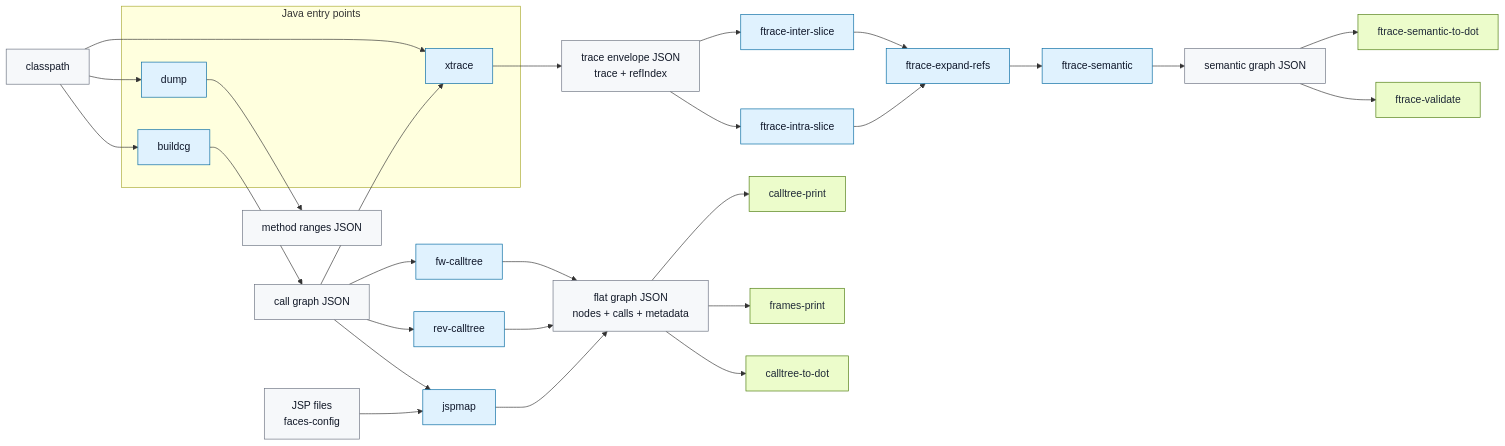
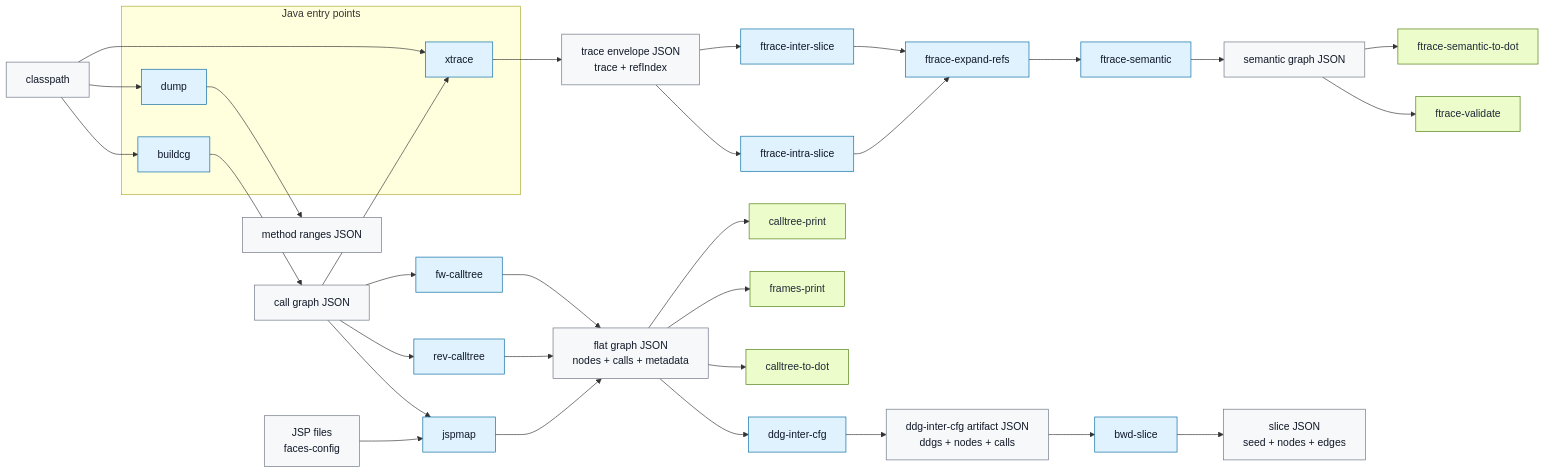
The diagram in README.md (avishek-sen-gupta/java-bytecode-tools), drawn with Mermaid before and after one commit. The commit also changed other lines of this file, not shown here.

First line of the commit message:
docs: document ddg-inter-cfg and bwd-slice in README

````diff
--- a/README.md
+++ b/README.md
@@ -49,65 +51,75 @@
 ```mermaid
 flowchart LR
     classDef artifact fill:#f6f8fa,stroke:#6b7280,color:#111827
     classDef entry fill:#e0f2fe,stroke:#0369a1,color:#0f172a
     classDef view fill:#ecfccb,stroke:#4d7c0f,color:#1f2937
 
     cp[classpath]:::artifact
     jsp[JSP files<br/>faces-config]:::artifact
 
     subgraph java["Java entry points"]
         dump[dump]:::entry
         buildcg[buildcg]:::entry
         xtrace[xtrace]:::entry
     end
 
     ranges[method ranges JSON]:::artifact
     cg[call graph JSON]:::artifact
     trace[trace envelope JSON<br/>trace + refIndex]:::artifact
     flat[flat graph JSON<br/>nodes + calls + metadata]:::artifact
     semantic[semantic graph JSON]:::artifact
 
     fw[fw-calltree]:::entry
     rev[rev-calltree]:::entry
     jspmap[jspmap]:::entry
 
     inter[ftrace-inter-slice]:::entry
     intra[ftrace-intra-slice]:::entry
     expand[ftrace-expand-refs]:::entry
     sem[ftrace-semantic]:::entry
 
     cpview[calltree-print]:::view
     fpview[frames-print]:::view
     dotview[calltree-to-dot]:::view
     semdot[ftrace-semantic-to-dot]:::view
     validate[ftrace-validate]:::view
 
     cp --> dump
     cp --> buildcg
     cp --> xtrace
 
     dump --> ranges
     buildcg --> cg
     cg --> xtrace
     cg --> fw
     cg --> rev
     cg --> jspmap
     jsp --> jspmap
 
     xtrace --> trace
     trace --> inter
     trace --> intra
     inter --> expand
     intra --> expand
     expand --> sem
     sem --> semantic
     semantic --> semdot
     semantic --> validate
 
     fw --> flat
     rev --> flat
     jspmap --> flat
     flat --> cpview
     flat --> fpview
     flat --> dotview
+
+    ddgcfg[ddg-inter-cfg]:::entry
+    bwdslice[bwd-slice]:::entry
+    ddgartifact[ddg-inter-cfg artifact JSON<br/>ddgs + nodes + calls]:::artifact
+    sliceresult[slice JSON<br/>seed + nodes + edges]:::artifact
+
+    flat --> ddgcfg
+    ddgcfg --> ddgartifact
+    ddgartifact --> bwdslice
+    bwdslice --> sliceresult
 ```
````
